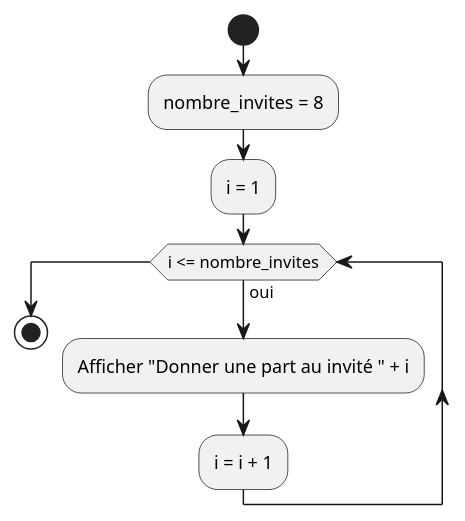
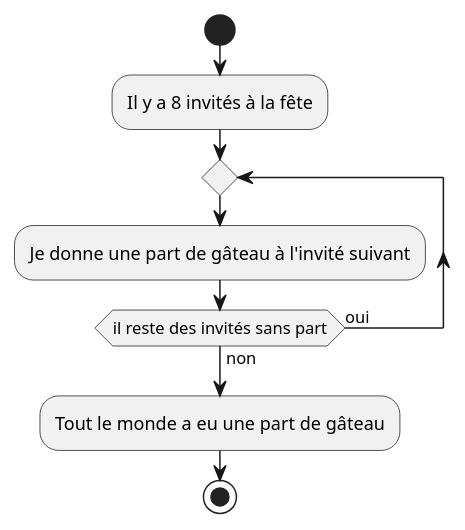
One commit to HEIG-VD-Prog-Course/HEIG-VD-ProgIM-Course changed the seventh of 7 diagrams in 03.01-iteration/01-supports-de-cours/README.md. Above: the diagram before and after it, drawn with PlantUML. The commit also changed other lines of this file and 18 other files, not shown here.

Commit message:
Add new PlantUML diagrams and images for iteration examples; remove outdated iteration files

````diff
--- a/03.01-iteration/01-supports-de-cours/README.md
+++ b/03.01-iteration/01-supports-de-cours/README.md
@@ -311,12 +361,11 @@
 ```plantuml
 @startuml
 start
-:nombre_invites = 8;
-:i = 1;
-while (i <= nombre_invites) is (oui)
-  :Afficher "Donner une part au invité " + i;
-  :i = i + 1;
-endwhile
+:Il y a 8 invités à la fête;
+repeat
+  :Je donne une part de gâteau à l'invité suivant;
+repeat while (il reste des invités sans part) is (oui) not (non)
+:Tout le monde a eu une part de gâteau;
 stop
 @enduml
 ```
````
